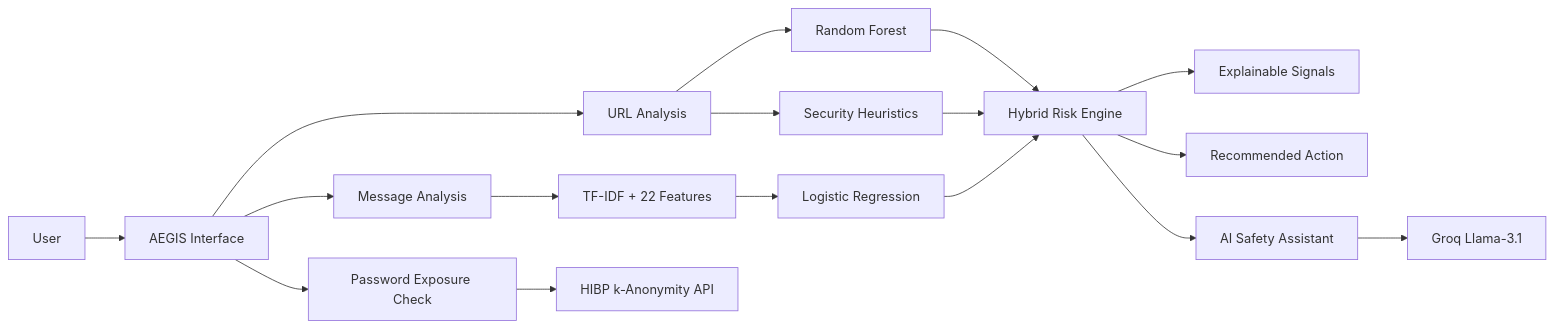
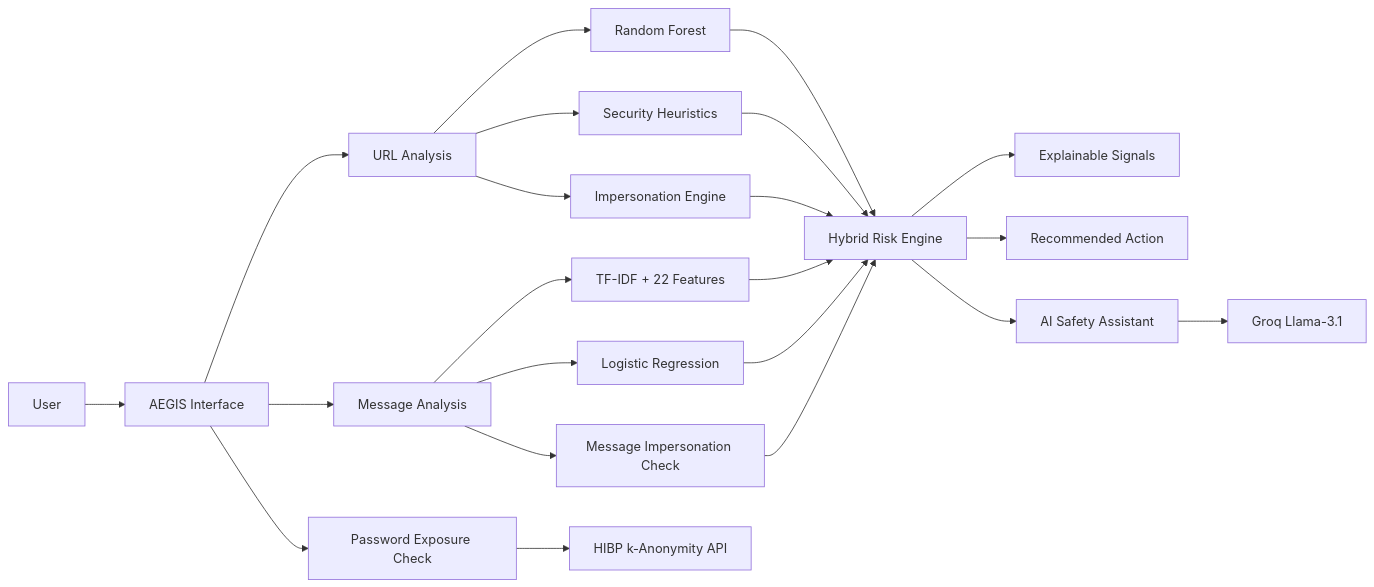
One commit to sandeep0431/AEGIS changed the first of 3 diagrams in README.md. Above: the diagram before and after it, drawn with Mermaid. The commit also changed other lines of this file, not shown here.

````diff
--- a/README.md
+++ b/README.md
@@ -59,23 +59,28 @@
 ```mermaid
 flowchart LR
     U[User] --> I[AEGIS Interface]
     I --> URL[URL Analysis]
     I --> MSG[Message Analysis]
     I --> PASS[Password Exposure Check]
     
     URL --> RF[Random Forest]
     URL --> H[Security Heuristics]
+    URL --> IMP[Impersonation Engine]
     RF --> R[Hybrid Risk Engine]
     H --> R
+    IMP --> R
     
     MSG --> TF[TF-IDF + 22 Features]
-    TF --> LR[Logistic Regression]
+    MSG --> LR[Logistic Regression]
+    MSG --> IMP_M[Message Impersonation Check]
+    TF --> R
     LR --> R
+    IMP_M --> R
     
     R --> E[Explainable Signals]
     R --> A[Recommended Action]
     R --> AI[AI Safety Assistant]
     AI --> G[Groq Llama-3.1]
     
     PASS --> HIBP[HIBP k-Anonymity API]
 ```
````
